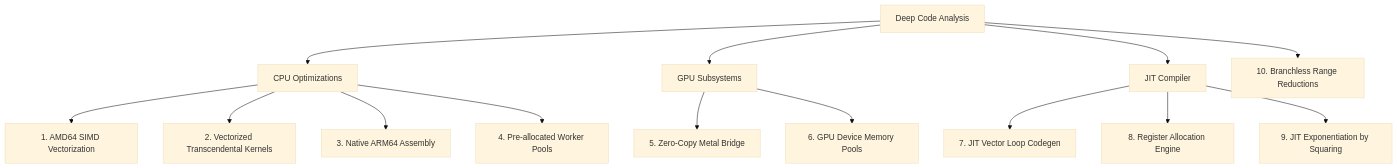
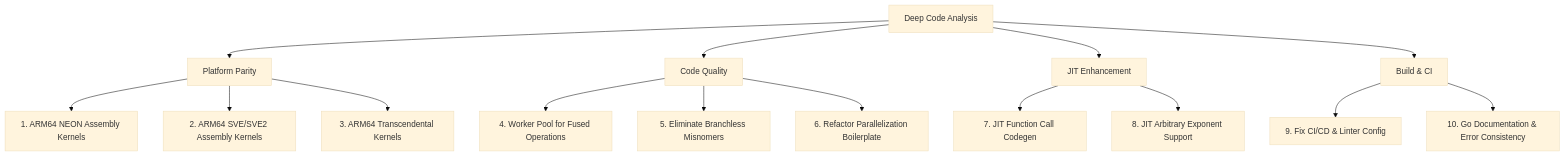
Before and after one commit to 23skdu/emlgo: the diagram in docs/nextsteps.md, drawn with Mermaid (base theme). The commit also changed other lines of this file, not shown here.

First line of the commit message:
docs: rewrite nextsteps.md with new 10-part improvement plan based on deep code analysis

````diff
--- a/docs/nextsteps.md
+++ b/docs/nextsteps.md
@@ -9,20 +9,21 @@
 ```mermaid
 graph TD
-    A[Deep Code Analysis] --> B[CPU Optimizations]
-    A --> C[GPU Subsystems]
-    A --> D[JIT Compiler]
+    A[Deep Code Analysis] --> B[Platform Parity]
+    A --> C[Code Quality]
+    A --> D[JIT Enhancement]
+    A --> E[Build & CI]
     
-    B --> B1[1. AMD64 SIMD Vectorization]
-    B --> B2[2. Vectorized Transcendental Kernels]
-    B --> B3[3. Native ARM64 Assembly]
-    B --> B4[4. Pre-allocated Worker Pools]
+    B --> B1[1. ARM64 NEON Assembly Kernels]
+    B --> B2[2. ARM64 SVE/SVE2 Assembly Kernels]
+    B --> B3[3. ARM64 Transcendental Kernels]
     
-    C --> C1[5. Zero-Copy Metal Bridge]
-    C --> C2[6. GPU Device Memory Pools]
+    C --> C1[4. Worker Pool for Fused Operations]
+    C --> C2[5. Eliminate Branchless Misnomers]
+    C --> C3[6. Refactor Parallelization Boilerplate]
     
-    D --> D1[7. JIT Vector Loop Codegen]
-    D --> D2[8. Register Allocation Engine]
-    D --> D3[9. JIT Exponentiation by Squaring]
+    D --> D1[7. JIT Function Call Codegen]
+    D --> D2[8. JIT Arbitrary Exponent Support]
     
-    A --> E[10. Branchless Range Reductions]
+    E --> E1[9. Fix CI/CD & Linter Config]
+    E --> E2[10. Go Documentation & Error Consistency]
 ```
````
